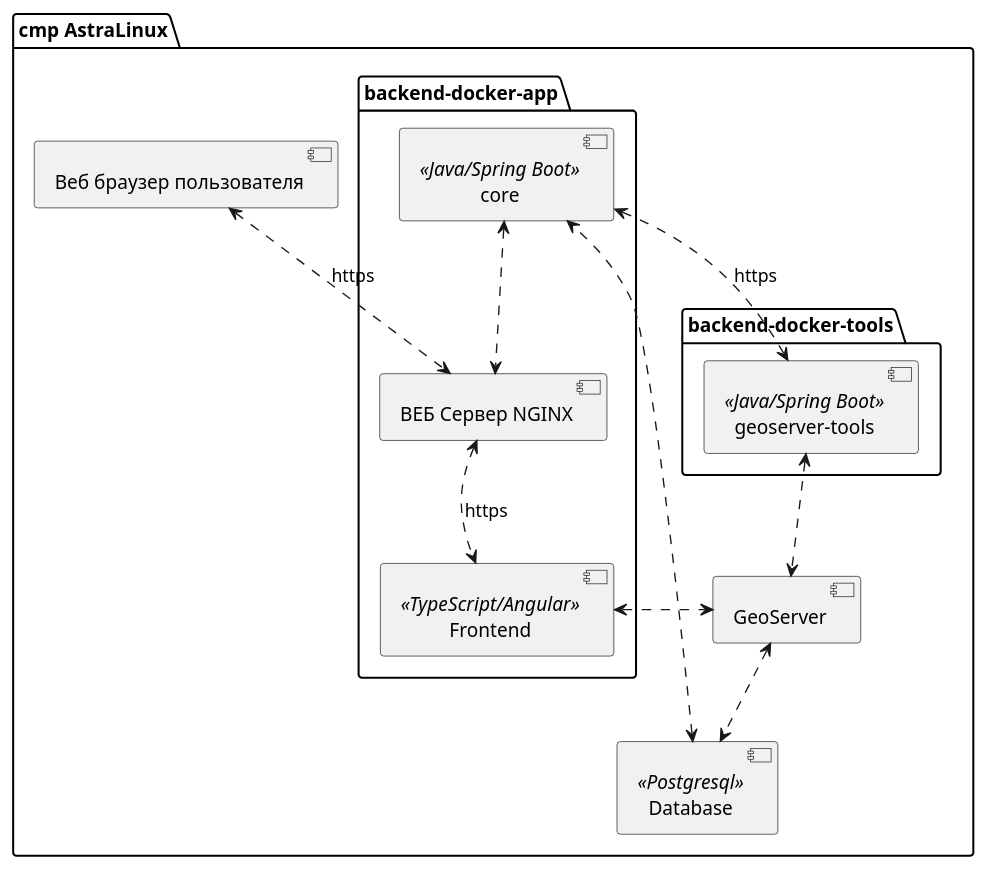
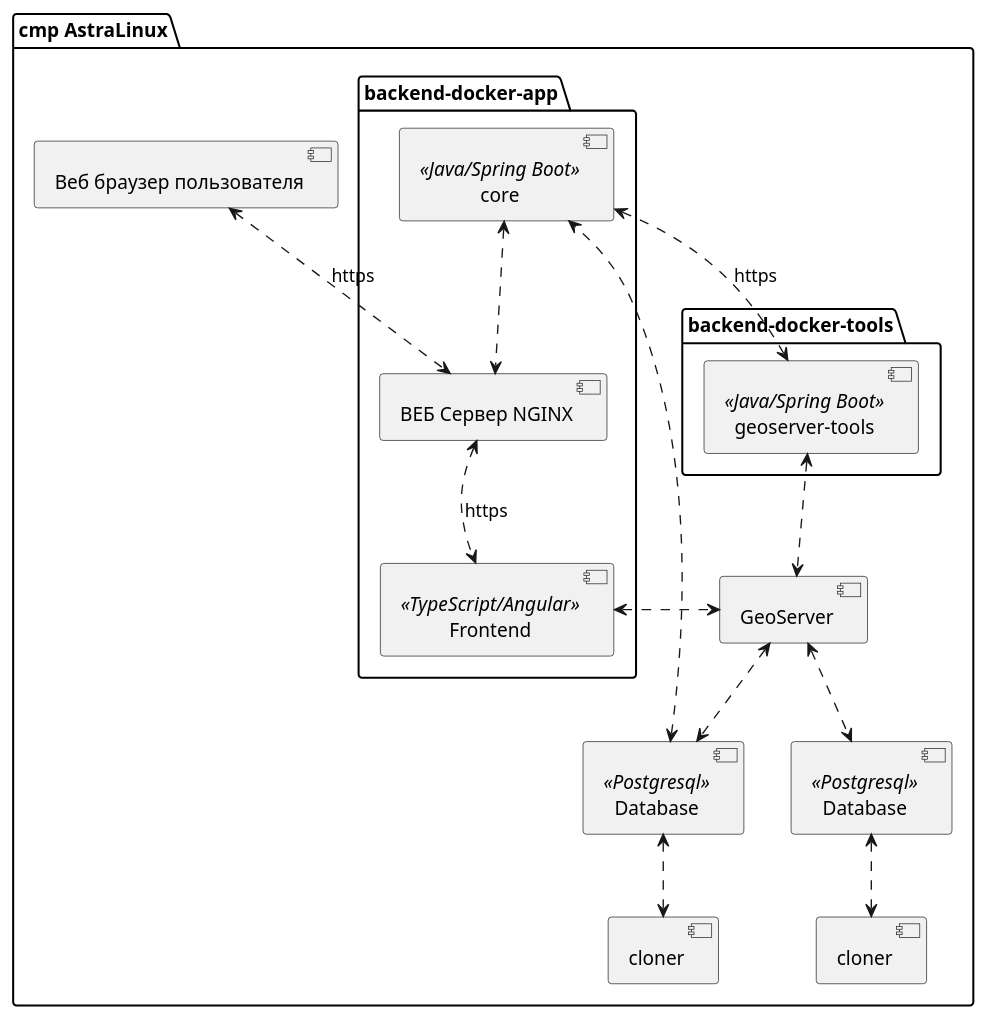
The diagram in architecture.puml (yespeace13/path-to-end), drawn with PlantUML before and after one commit.

```diff
--- a/architecture.puml
+++ b/architecture.puml
@@ -1,30 +1,38 @@
 @startuml Architecture
 package "cmp AstraLinux" {
 
     component "Веб браузер пользователя" as browser
 
     package "backend-docker-app"{
 
         component "ВЕБ Сервер NGINX" as nginx
         component "Frontend" <<TypeScript/Angular>> as client
         component "core" <<Java/Spring Boot>> as core
     }
 
      package "backend-docker-tools"{
         component "geoserver-tools" <<Java/Spring Boot>> as tools
      }
 
      component "GeoServer" as geoserver
 
-     component "Database" <<Postgresql>> as db
+     component "Database" <<Postgresql>> as db1
+     component "Database" <<Postgresql>> as db2
+
+     component "cloner" as cloner1
+     component "cloner" as cloner2
 }
 browser <..> nginx : https
 nginx <..> client : https
 
 core <..>nginx
 core <..> tools : https
 tools <..> geoserver
 client <..>geoserver
-db <..> core
-geoserver <..> db
+db1 <..> core
+geoserver <..> db1
+geoserver <..> db2
+
+db1 <..> cloner1
+db2 <..> cloner2
 @enduml
```
